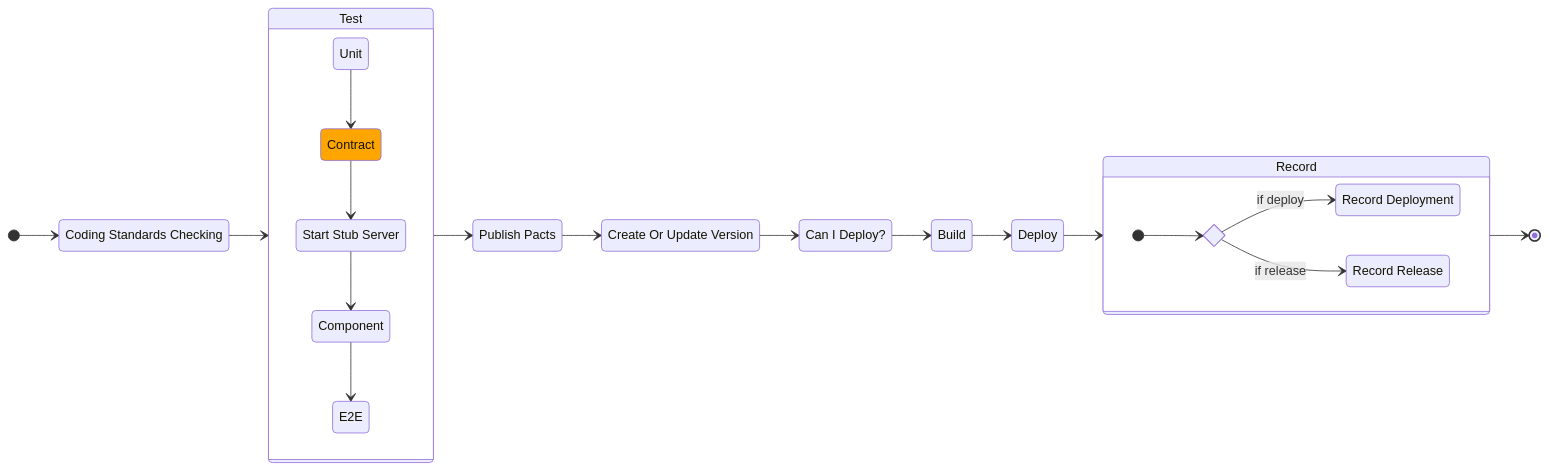
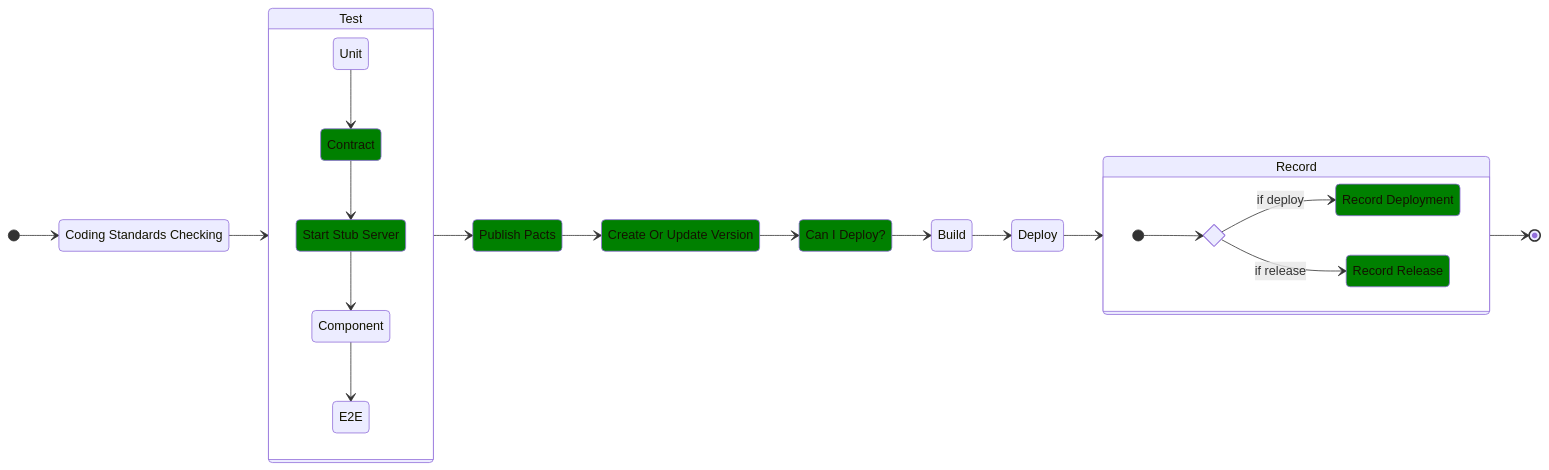
One commit to tienvx/pact-cheatsheet changed the diagram in slides/pact/src/diagrams/ci-frontend.mmd. Above: the diagram before and after it, drawn with Mermaid. The commit also changed 7 other files, not shown here.

```diff
--- a/slides/pact/src/diagrams/ci-frontend.mmd
+++ b/slides/pact/src/diagrams/ci-frontend.mmd
@@ -1,36 +1,42 @@
 stateDiagram-v2
     direction LR
-    classDef orange fill:orange
-    class Contract orange
+    classDef green fill:green
+    class Contract green
+    class StubServer green
+    class Publish green
+    class MergeVersion green
+    class Ask green
+    class RecordDeployment green
+    class RecordRelease green
 
     CS: Coding Standards Checking
     StubServer: Start Stub Server
     Publish: Publish Pacts
     MergeVersion: Create Or Update Version
     Ask: Can I Deploy?
     RecordDeployment: Record Deployment
     RecordRelease: Record Release
 
     [*] --> CS
     CS --> Test
     state Test {
         Unit --> Contract
         Contract --> StubServer
         StubServer --> Component
         Component --> E2E
     }
     Test --> Publish
     Publish --> MergeVersion
     MergeVersion --> Ask
     Ask --> Build
     Build --> Deploy
     Deploy --> Record
     state Record {
         direction LR
 
         state if_state <<choice>>
         [*] --> if_state
         if_state --> RecordDeployment: if deploy
         if_state --> RecordRelease: if release
     }
     Record --> [*]
```
